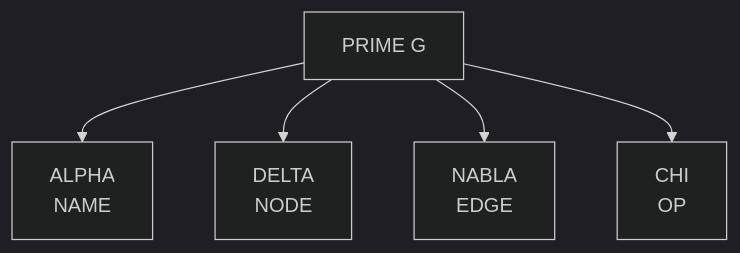
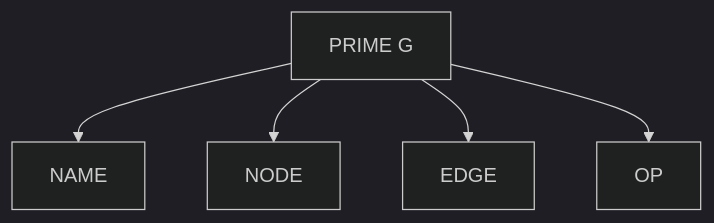
Before and after one commit to flipoyo/ComplexGitSync: the third of 37 diagrams in @CGS.md, drawn with Mermaid (dark theme). The commit also changed other lines of this file, not shown here.

````diff
--- a/@CGS.md
+++ b/@CGS.md
@@ -90,14 +101,14 @@
 ```mermaid
 flowchart TB
     G["PRIME G"]
 
-    A["ALPHA<br/>NAME"]
-    D["DELTA<br/>NODE"]
-    N["NABLA<br/>EDGE"]
-    C["CHI<br/>OP"]
+    NAME["NAME"]
+    NODE["NODE"]
+    EDGE["EDGE"]
+    OP["OP"]
 
-    G --> A
-    G --> D
-    G --> N
-    G --> C
+    G --> NAME
+    G --> NODE
+    G --> EDGE
+    G --> OP
 ```
````
